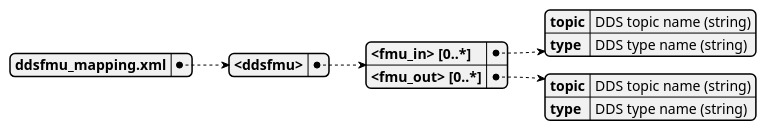
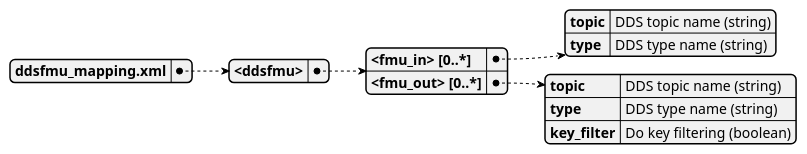
The third of 5 diagrams in docs/pdf/readme.org (dnv-opensource/dds-fmu), drawn with PlantUML before and after one commit. The commit also changed other lines of this file and 12 other files, not shown here.

```diff
--- a/docs/pdf/readme.org
+++ b/docs/pdf/readme.org
@@ -206,12 +210,13 @@
     #+begin_src plantuml :exports results :file images/ddsfmu-mapping.svg
       @startyaml
         ddsfmu_mapping.xml:
            <ddsfmu>:
              <fmu_in> [0..*]:
                topic: "DDS topic name (string)"
                type: "DDS type name (string)"
              <fmu_out> [0..*]:
                topic: "DDS topic name (string)"
                type: "DDS type name (string)"
+               key_filter: "Do key filtering (boolean)"
       @endyaml
     #+end_src
```
